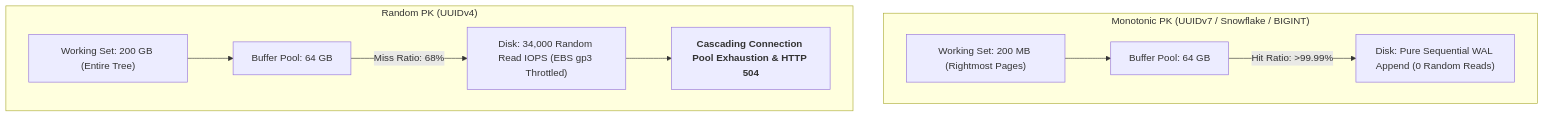
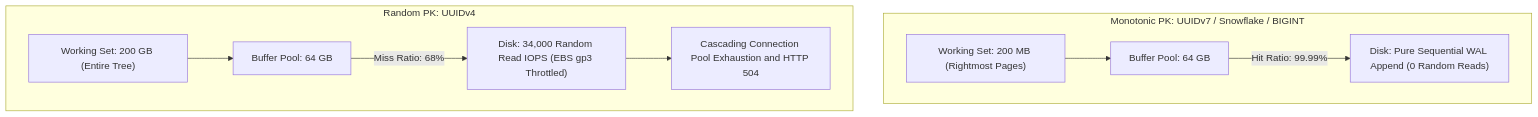
Before and after one commit to vesviet/vesviet: the fifth of 7 diagrams in content/series/architectural-tradeoffs-showdowns/03-primary-key-showdown-uuidv7-vs-snowflake-vs-bigint.md, drawn with Mermaid. The commit also changed other lines of this file, not shown here.

Commit message:
fix(series): resolve mermaid 10.9 syntax errors in postgres heap and architecture diagrams

````diff
--- a/content/series/architectural-tradeoffs-showdowns/03-primary-key-showdown-uuidv7-vs-snowflake-vs-bigint.md
+++ b/content/series/architectural-tradeoffs-showdowns/03-primary-key-showdown-uuidv7-vs-snowflake-vs-bigint.md
@@ -299,13 +299,13 @@
 ```mermaid
 flowchart TD
-    subgraph MonotonicWrite["Monotonic PK (UUIDv7 / Snowflake / BIGINT)"]
+    subgraph MonotonicWrite ["Monotonic PK: UUIDv7 / Snowflake / BIGINT"]
         W1["Working Set: 200 MB (Rightmost Pages)"] --> BP1["Buffer Pool: 64 GB"]
-        BP1 -->|Hit Ratio: >99.99%| D1["Disk: Pure Sequential WAL Append (0 Random Reads)"]
+        BP1 -->|Hit Ratio: 99.99%| D1["Disk: Pure Sequential WAL Append (0 Random Reads)"]
     end
 
-    subgraph RandomWrite["Random PK (UUIDv4)"]
+    subgraph RandomWrite ["Random PK: UUIDv4"]
         W2["Working Set: 200 GB (Entire Tree)"] --> BP2["Buffer Pool: 64 GB"]
         BP2 -->|Miss Ratio: 68%| D2["Disk: 34,000 Random Read IOPS (EBS gp3 Throttled)"]
-        D2 --> Outage["<b>Cascading Connection Pool Exhaustion & HTTP 504</b>"]
+        D2 --> Outage["Cascading Connection Pool Exhaustion and HTTP 504"]
     end
 ```
````
